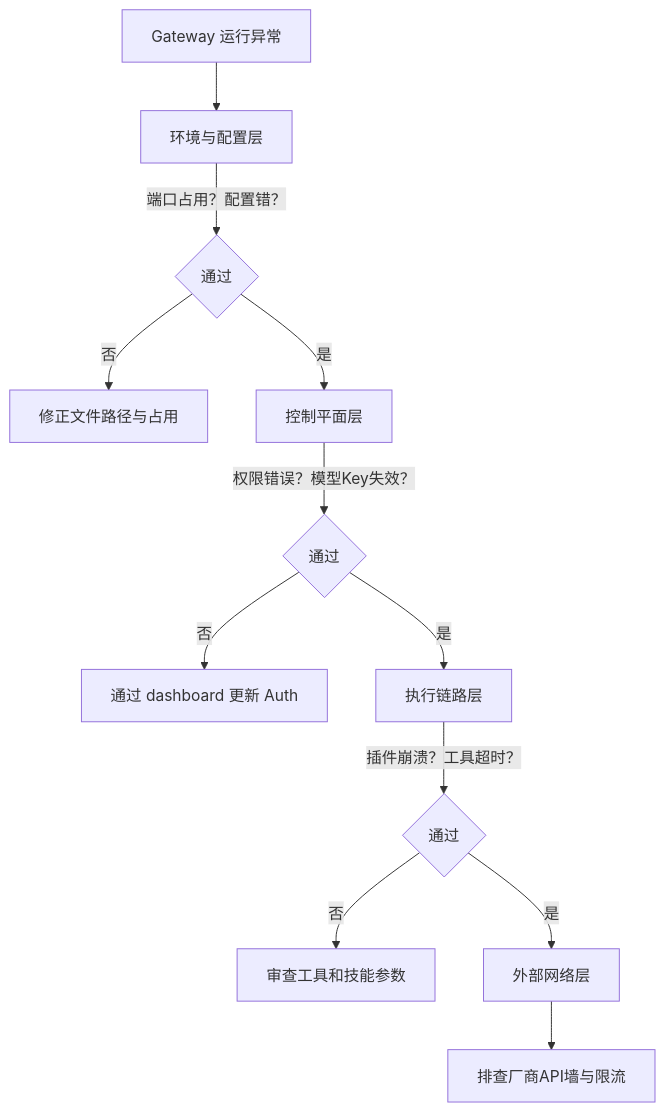
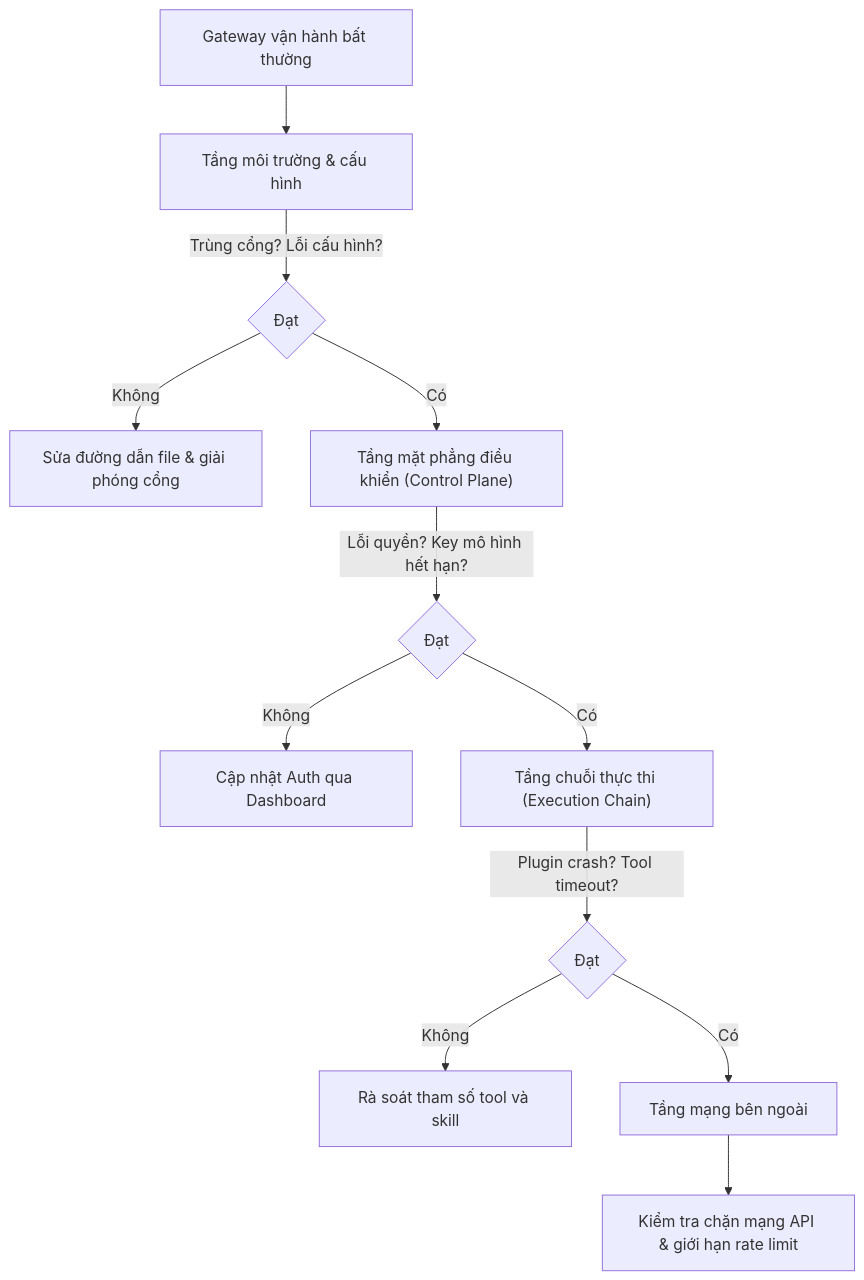
The diagram in 02_setup/2.4_gateway_service.md (dino-edu/openclaw_guide), drawn with Mermaid before and after one commit. The commit also changed other lines of this file and 24 other files, not shown here.

````diff
--- a/02_setup/2.4_gateway_service.md
+++ b/02_setup/2.4_gateway_service.md
@@ -118,14 +118,14 @@
 ```mermaid
 flowchart TD
-  start["Gateway 运行异常"] --> L1["环境与配置层"]
-  L1 -->|"端口占用？配置错？"| L1ok{通过}
-  L1ok -->|"否"| fix1["修正文件路径与占用"]
-  L1ok -->|"是"| L2["控制平面层"]
-  L2 -->|"权限错误？模型Key失效？"| L2ok{通过}
-  L2ok -->|"否"| fix2["通过 dashboard 更新 Auth"]
-  L2ok -->|"是"| L3["执行链路层"]
-  L3 -->|"插件崩溃？工具超时？"| L3ok{通过}
-  L3ok -->|"否"| fix3["审查工具和技能参数"]
-  L3ok -->|"是"| L4["外部网络层"]
-  L4 --> fix4["排查厂商API墙与限流"]
+  start["Gateway vận hành bất thường"] --> L1["Tầng môi trường & cấu hình"]
+  L1 -->|"Trùng cổng? Lỗi cấu hình?"| L1ok{Đạt}
+  L1ok -->|"Không"| fix1["Sửa đường dẫn file & giải phóng cổng"]
+  L1ok -->|"Có"| L2["Tầng mặt phẳng điều khiển (Control Plane)"]
+  L2 -->|"Lỗi quyền? Key mô hình hết hạn?"| L2ok{Đạt}
+  L2ok -->|"Không"| fix2["Cập nhật Auth qua Dashboard"]
+  L2ok -->|"Có"| L3["Tầng chuỗi thực thi (Execution Chain)"]
+  L3 -->|"Plugin crash? Tool timeout?"| L3ok{Đạt}
+  L3ok -->|"Không"| fix3["Rà soát tham số tool và skill"]
+  L3ok -->|"Có"| L4["Tầng mạng bên ngoài"]
+  L4 --> fix4["Kiểm tra chặn mạng API & giới hạn rate limit"]
 ```
````
